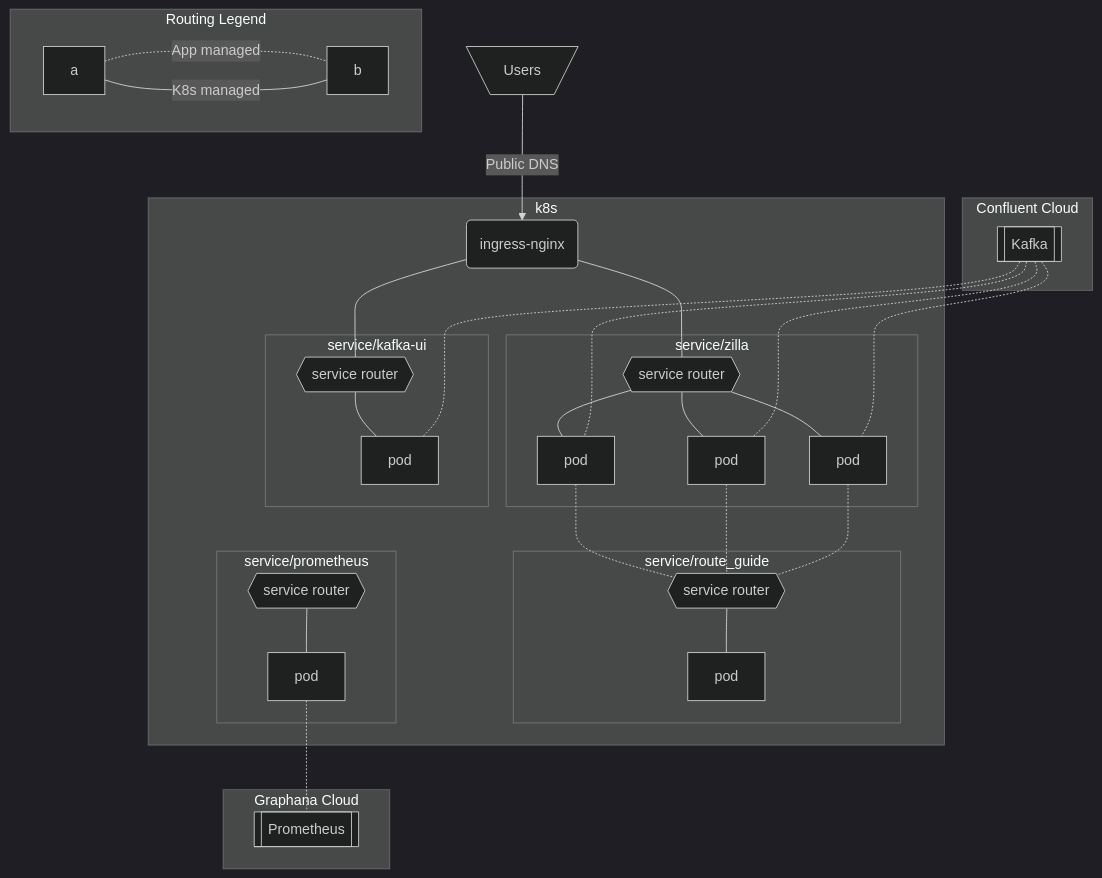
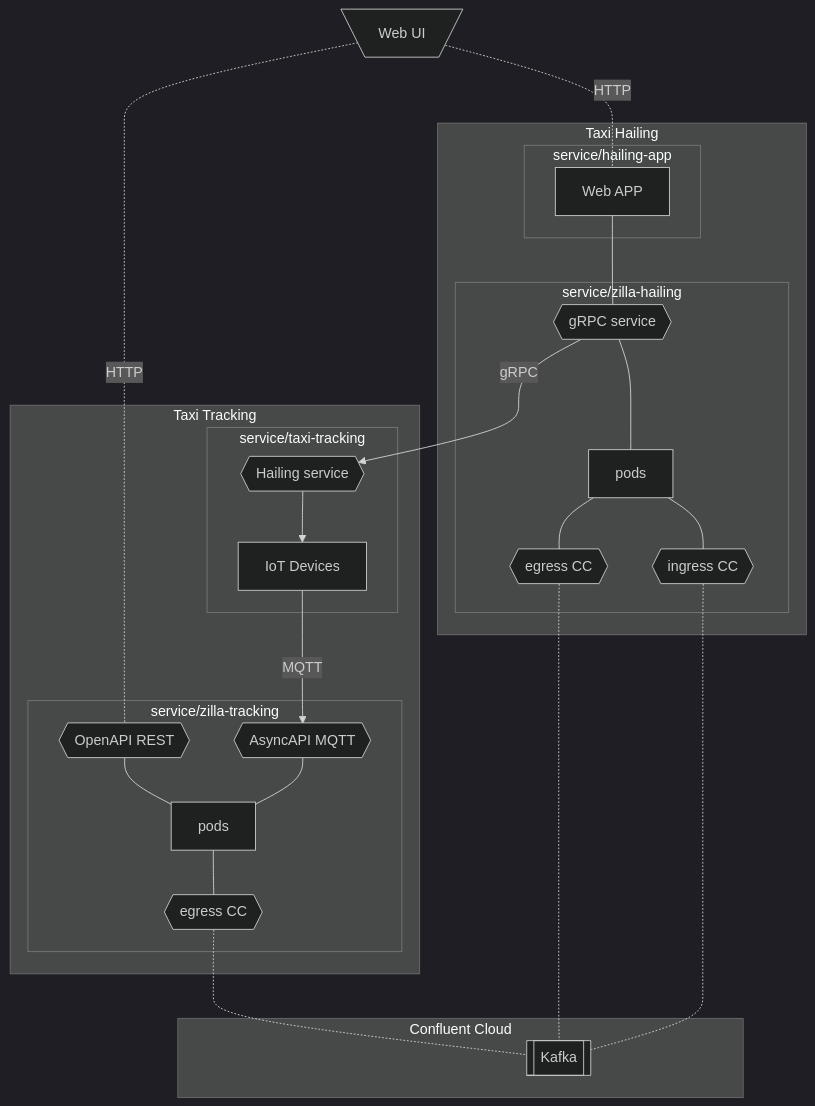
The diagram in taxi/live-demo-deploy/README.md (aklivity/zilla-demos), drawn with Mermaid (dark theme) before and after one commit.

Commit message:
add diagram

````diff
--- a/taxi/live-demo-deploy/README.md
+++ b/taxi/live-demo-deploy/README.md
@@ -5,45 +5,41 @@
 ```mermaid
-flowchart TD
+flowchart
 
-    subgraph Routing Legend
-        direction LR
-        a -..- |App managed| b
-        a ---- |K8s managed| b
+    tmuisr[\Web UI/] -.- |HTTP| har
+    tmuisr -.- |HTTP| ztos
+        
+    subgraph Taxi Hailing
+
+        subgraph service/hailing-app
+            har[Web APP]
+        end
+
+        subgraph service/zilla-hailing
+            har --- zhgs{{gRPC service}}
+            zhgs --- zhp[pods]
+            zhp --- zheg{{egress CC}}
+            zhp --- zhig{{ingress CC}}
+        end
     end
 
-    u[\Users/] -->|Public DNS| in(ingress-nginx)
-
-    subgraph k8s
-        in --- zsr
-        in --- ksr
-
-        subgraph service/zilla
-            zsr{{service router}} --- zspa[pod]
-            zsr{{service router}} --- zspb[pod]
-            zsr{{service router}} --- zspc[pod]
+    subgraph Taxi Tracking
+        subgraph service/zilla-tracking
+            ztos{{OpenAPI REST}}
+            ztos --- ztp[pods]
+            ztas{{AsyncAPI MQTT}} --- ztp[pod]
+            ztp[pods] --- zteg{{egress CC}}
         end
-        subgraph service/kafka-ui
-            ksr{{service router}} --- kspa[pod]
-        end
-        subgraph service/route_guide
-            rgsr{{service router}} --- rgpa[pod]
-            zspa -.- rgsr
-            zspb -.- rgsr
-            zspc -.- rgsr
-        end
-        subgraph service/prometheus
-            psr{{service router}}---pspa[pod]
+        subgraph service/taxi-tracking
+            zhgs --> |gRPC| tsgrpc{{Hailing service}}
+            tsgrpc --> tsiot[IoT Devices]
+            tsiot --> |MQTT| ztas
         end
     end
 
     subgraph Confluent Cloud
-        cc[[Kafka]] -..- kspa
-        cc -..- zspa
-        cc -..- zspb
-        cc -..- zspc
+        cck[[Kafka]]
+        zteg -.- cck
+        zheg -.- cck
+        zhig -.- cck
     end
-    subgraph Graphana Cloud
-        pspa -.- GC[[Prometheus]]
-    end
-
 ```
````
